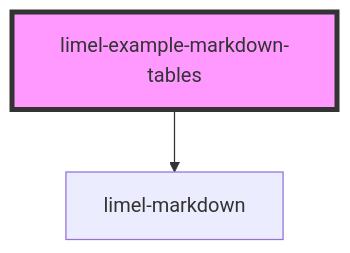
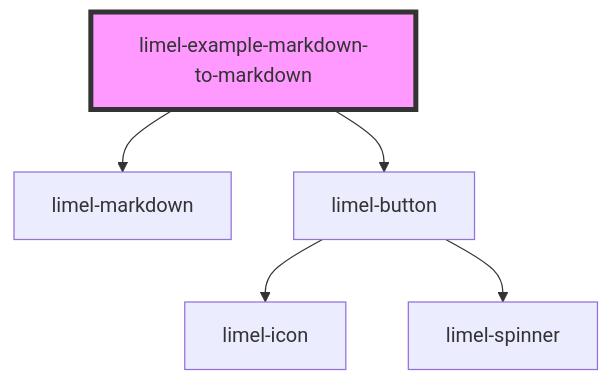
The diagram in versions/PR-4300/markdown-docs/components/markdown/examples/readme.md (Lundalogik/lime-elements), drawn with Mermaid before and after one commit. The commit also changed other lines of this file and 612 other files, not shown here.

````diff
--- a/versions/PR-4300/markdown-docs/components/markdown/examples/readme.md
+++ b/versions/PR-4300/markdown-docs/components/markdown/examples/readme.md
@@ -16,5 +36,8 @@
 ```mermaid
 graph TD;
-  limel-example-markdown-tables --> limel-markdown
-  style limel-example-markdown-tables fill:#f9f,stroke:#333,stroke-width:4px
+  limel-example-markdown-to-markdown --> limel-markdown
+  limel-example-markdown-to-markdown --> limel-button
+  limel-button --> limel-icon
+  limel-button --> limel-spinner
+  style limel-example-markdown-to-markdown fill:#f9f,stroke:#333,stroke-width:4px
 ```
````
